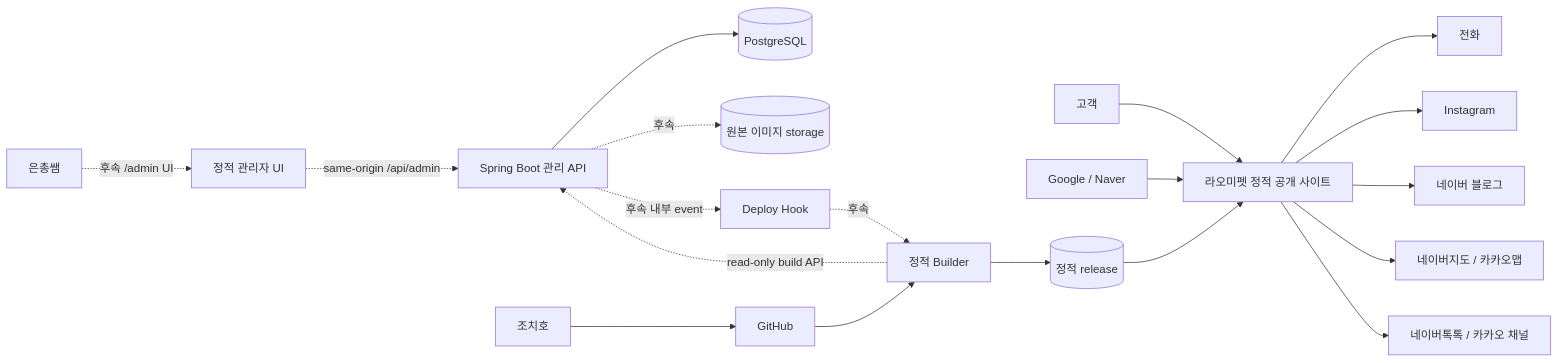
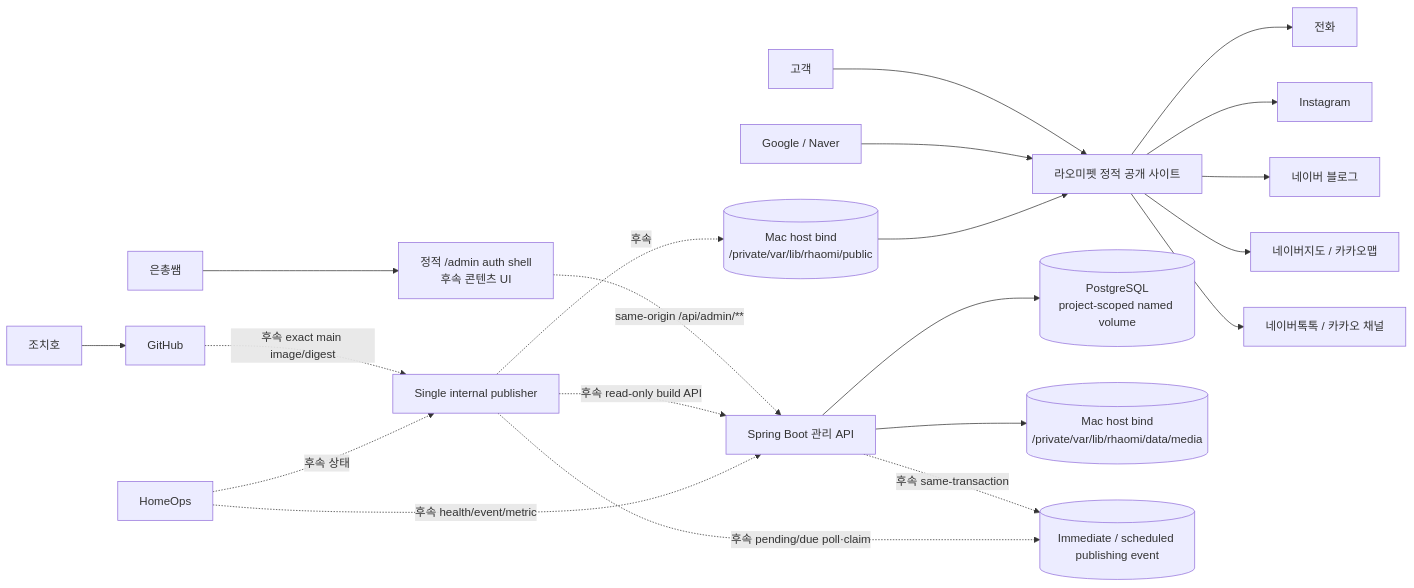
One commit to xxh3898/Rhaomi changed the diagram in docs/04-architecture/system-context.md. Above: the diagram before and after it, drawn with Mermaid. The commit also changed other lines of this file and 32 other files, not shown here.

Commit message:
docs: 운영 배포·퍼블리싱·백업·HomeOps 관제 아키텍처 확정 (#20)

````diff
--- a/docs/04-architecture/system-context.md
+++ b/docs/04-architecture/system-context.md
@@ -18,23 +18,25 @@
 ```mermaid
 flowchart LR
     Customer[고객] --> PublicSite[라오미펫 정적 공개 사이트]
     Search[Google / Naver] --> PublicSite
     PublicSite --> Phone[전화]
     PublicSite --> Instagram[Instagram]
     PublicSite --> Blog[네이버 블로그]
     PublicSite --> Maps[네이버지도 / 카카오맵]
     PublicSite --> Talk[네이버톡톡 / 카카오 채널]
 
-    Owner[은총쌤] -. 후속 /admin UI .-> AdminUI[정적 관리자 UI]
-    AdminUI -. same-origin /api/admin .-> Backend[Spring Boot 관리 API]
-    Backend --> PostgreSQL[(PostgreSQL)]
-    Backend -. 후속 .-> Uploads[(원본 이미지 storage)]
-    Backend -. 후속 내부 event .-> BuildHook[Deploy Hook]
-    BuildHook -. 후속 .-> Builder[정적 Builder]
-    Builder -. read-only build API .-> Backend
-    Builder --> Releases[(정적 release)]
+    Owner[은총쌤] --> AdminUI[정적 /admin auth shell<br/>후속 콘텐츠 UI]
+    AdminUI -. same-origin /api/admin/** .-> Backend[Spring Boot 관리 API]
+    Backend --> PostgreSQL[(PostgreSQL<br/>project-scoped named volume)]
+    Backend --> Uploads[(Mac host bind<br/>/private/var/lib/rhaomi/data/media)]
+    Backend -. 후속 same-transaction .-> Outbox[(Immediate / scheduled publishing event)]
+    Publisher[Single internal publisher] -. 후속 pending/due poll·claim .-> Outbox
+    Publisher -. 후속 read-only build API .-> Backend
+    Publisher -. 후속 .-> Releases[(Mac host bind<br/>/private/var/lib/rhaomi/public)]
     Releases --> PublicSite
 
     Developer[조치호] --> GitHub[GitHub]
-    GitHub --> Builder
+    GitHub -. 후속 exact main image/digest .-> Publisher
+    HomeOps[HomeOps] -. 후속 health/event/metric .-> Backend
+    HomeOps -. 후속 상태 .-> Publisher
 ```
````
